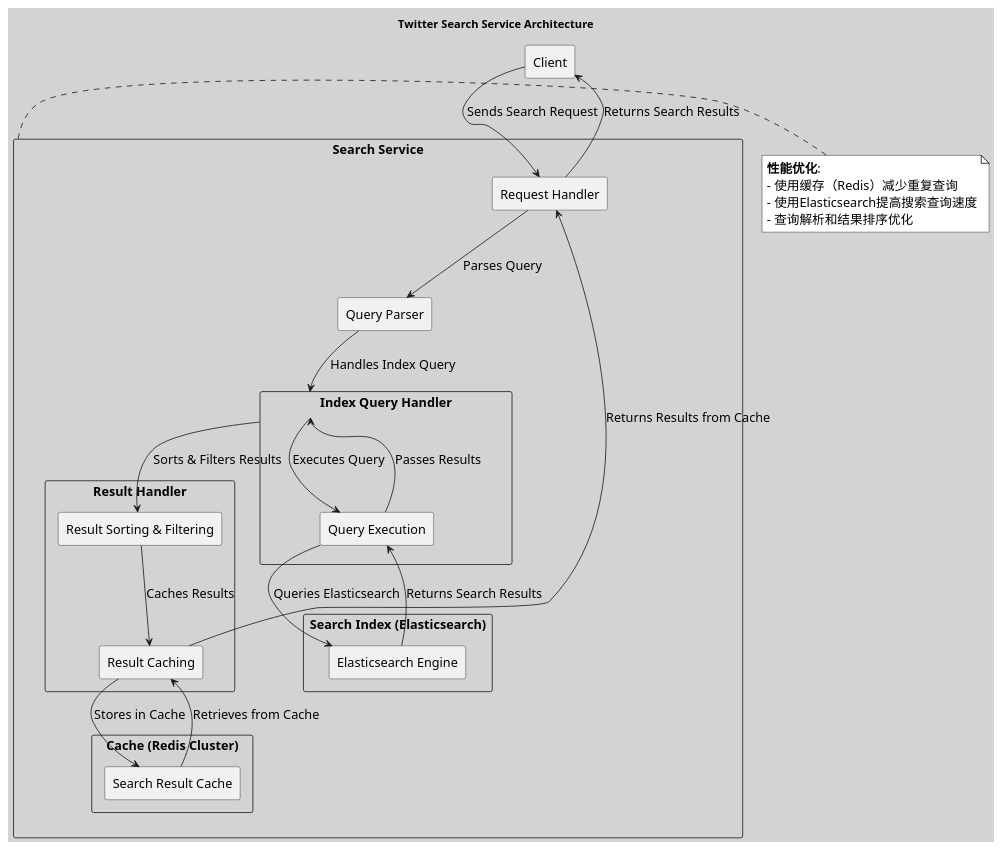
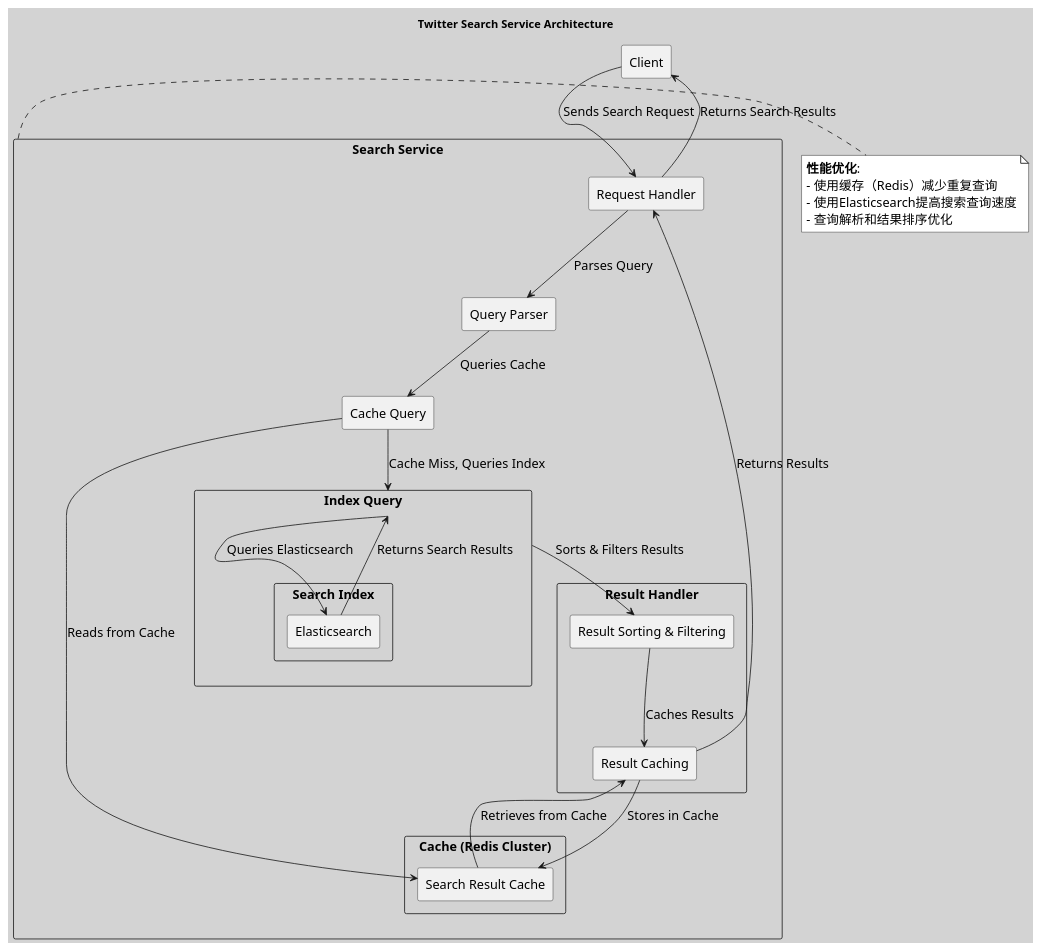
The diagram in twitter/twitter_search_service_architecture.puml (huangyingw/system_design), drawn with PlantUML before and after one commit.

```diff
--- a/twitter/twitter_search_service_architecture.puml
+++ b/twitter/twitter_search_service_architecture.puml
@@ -1,56 +1,56 @@
 @startuml
 
 skinparam backgroundColor #D3D3D3
 skinparam defaultFontName "Arial"
 skinparam defaultFontSize 16
 skinparam note {
   BackgroundColor #FFFFFF
   BorderColor #000000
   FontSize 16
   FontName "Arial"
 }
 
 title Twitter Search Service Architecture
 
 rectangle "Client" as Client
 
 rectangle "Search Service" as Search {
     rectangle "Request Handler" as RH
     rectangle "Query Parser" as QP
-    rectangle "Index Query Handler" as IQH {
-        rectangle "Query Execution" as QE
+    rectangle "Cache Query" as CQ
+    rectangle "Index Query" as IQ {
+        rectangle "Search Index" as Index {
+            rectangle "Elasticsearch" as ES
+        }
     }
     rectangle "Result Handler" as RHdl {
         rectangle "Result Sorting & Filtering" as RSF
         rectangle "Result Caching" as RC
     }
     rectangle "Cache (Redis Cluster)" as Cache {
         rectangle "Search Result Cache" as SRC
     }
-    rectangle "Search Index (Elasticsearch)" as Index {
-        rectangle "Elasticsearch Engine" as ES
-    }
 }
 
 Client -down-> RH : Sends Search Request
 RH -down-> QP : Parses Query
-QP -down-> IQH : Handles Index Query
-IQH -down-> QE : Executes Query
-QE -down-> ES : Queries Elasticsearch
-ES -up-> QE : Returns Search Results
-QE -up-> IQH : Passes Results
-IQH -down-> RSF : Sorts & Filters Results
+QP -down-> CQ : Queries Cache
+CQ -down-> SRC : Reads from Cache
+CQ -down-> IQ : Cache Miss, Queries Index
+IQ -down-> ES : Queries Elasticsearch
+ES -up-> IQ : Returns Search Results
+IQ -down-> RSF : Sorts & Filters Results
 RSF -down-> RC : Caches Results
 RC -down-> SRC : Stores in Cache
 SRC -up-> RC : Retrieves from Cache
-RC -up-> RH : Returns Results from Cache
+RC -up-> RH : Returns Results
 RH -up-> Client : Returns Search Results
 
 note right of Search
   **性能优化**:
   - 使用缓存（Redis）减少重复查询
   - 使用Elasticsearch提高搜索查询速度
   - 查询解析和结果排序优化
 end note
 
 @enduml
```
